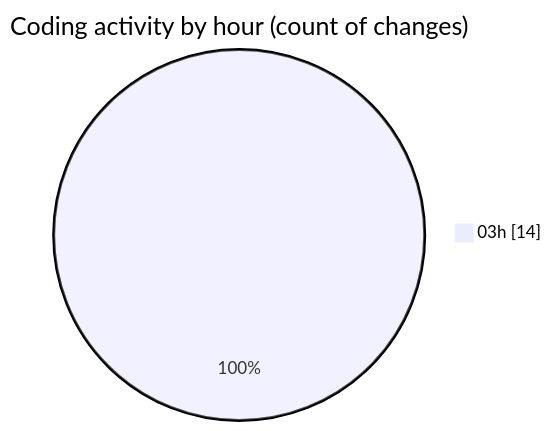
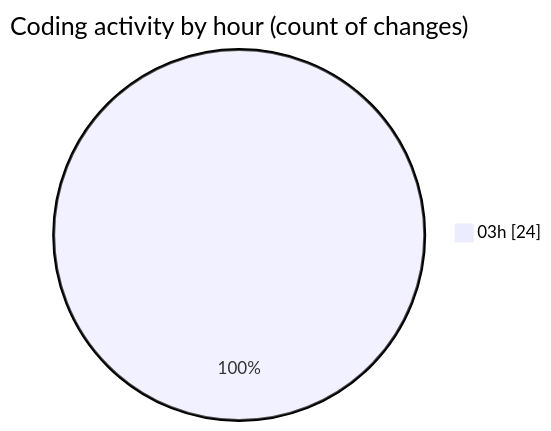
Before and after one commit to hasnaa123/code-tracking: the second of 2 diagrams in 2026-03-14/multi_client_chat/README.md, drawn with Mermaid. The commit also changed other lines of this file and 1 other file, not shown here.

````diff
--- a/2026-03-14/multi_client_chat/README.md
+++ b/2026-03-14/multi_client_chat/README.md
@@ -29,5 +30,5 @@
 ```mermaid
 pie showData
 title Coding activity by hour (count of changes)
-"03h" : 14
+"03h" : 24
 ```
````
